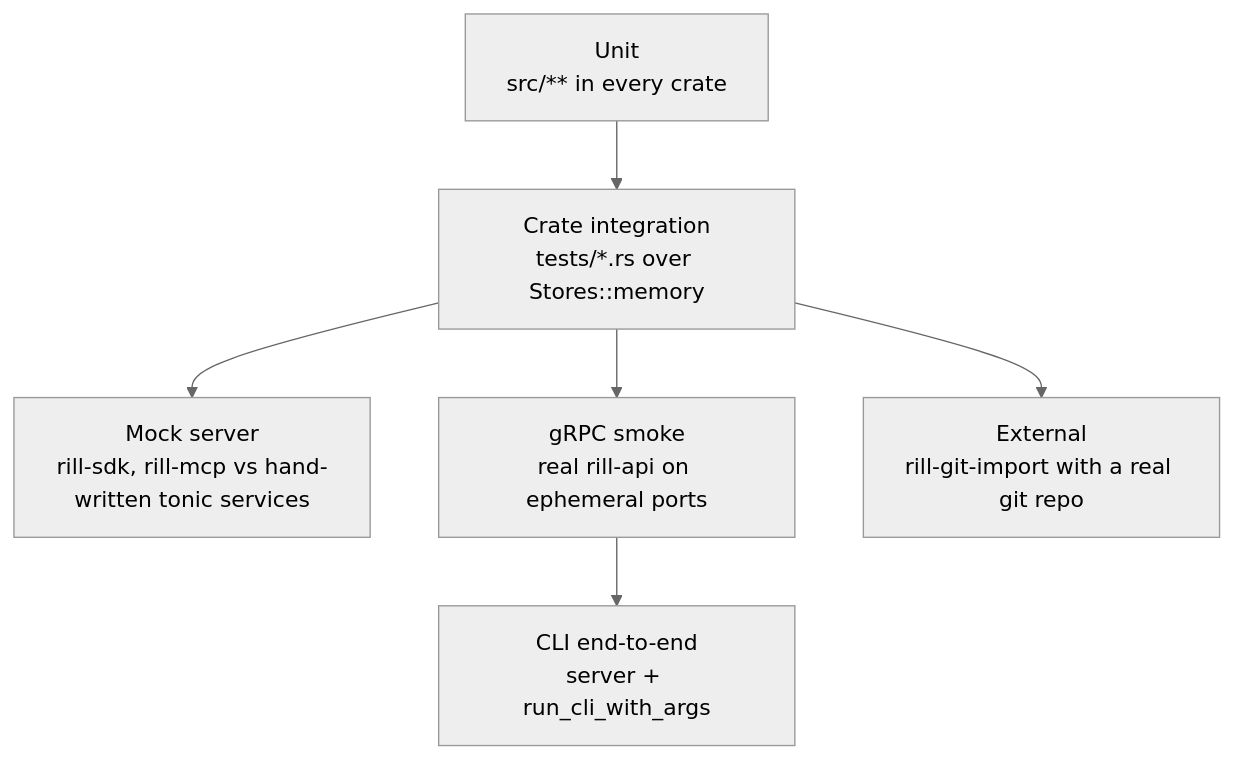
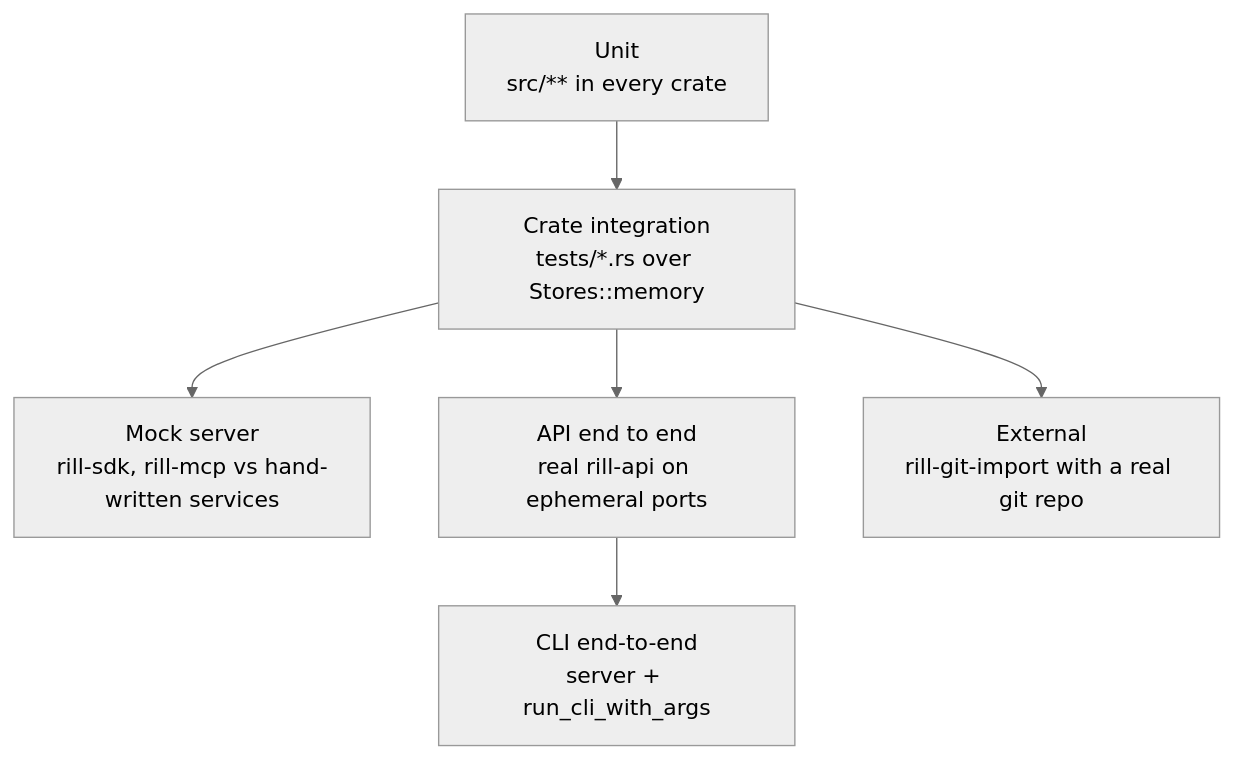
The diagram in architecture/09-engineering/testing.md (envoy1084/rill), drawn with Mermaid (neutral theme) before and after one commit. The commit also changed other lines of this file and 214 other files, not shown here.

First line of the commit message:
api: serve rill.v1 over connectrpc, with buffa messages

````diff
--- a/architecture/09-engineering/testing.md
+++ b/architecture/09-engineering/testing.md
@@ -12,8 +12,8 @@
 ```mermaid
 flowchart TD
     U[Unit<br/>src/** in every crate] --> I[Crate integration<br/>tests/*.rs over Stores::memory]
-    I --> M[Mock server<br/>rill-sdk, rill-mcp vs hand-written tonic services]
-    I --> G[gRPC smoke<br/>real rill-api on ephemeral ports]
+    I --> M[Mock server<br/>rill-sdk, rill-mcp vs hand-written services]
+    I --> G[API end to end<br/>real rill-api on ephemeral ports]
     G --> E[CLI end-to-end<br/>server + run_cli_with_args]
     I --> X[External<br/>rill-git-import with a real git repo]
 ```
````
